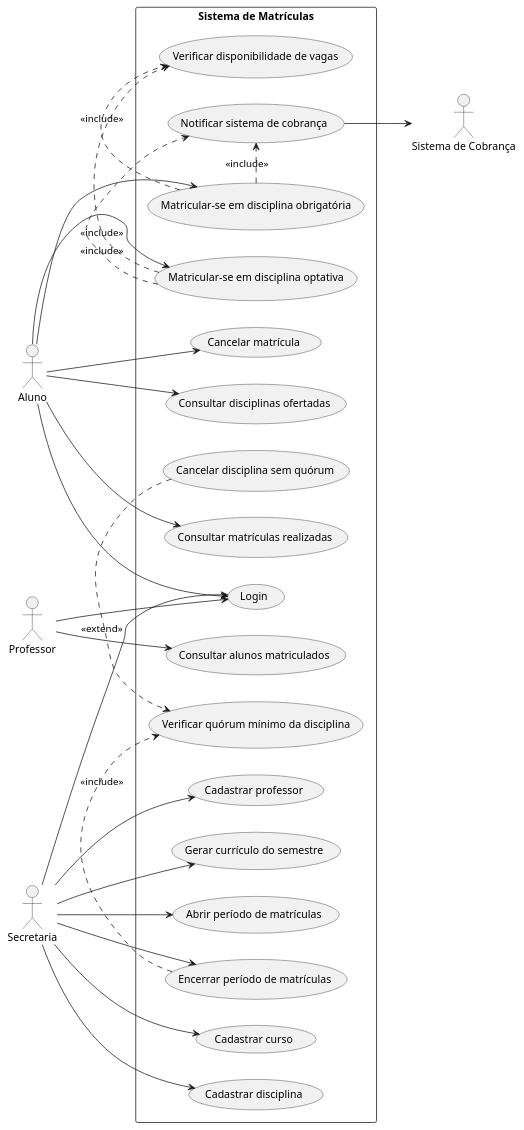
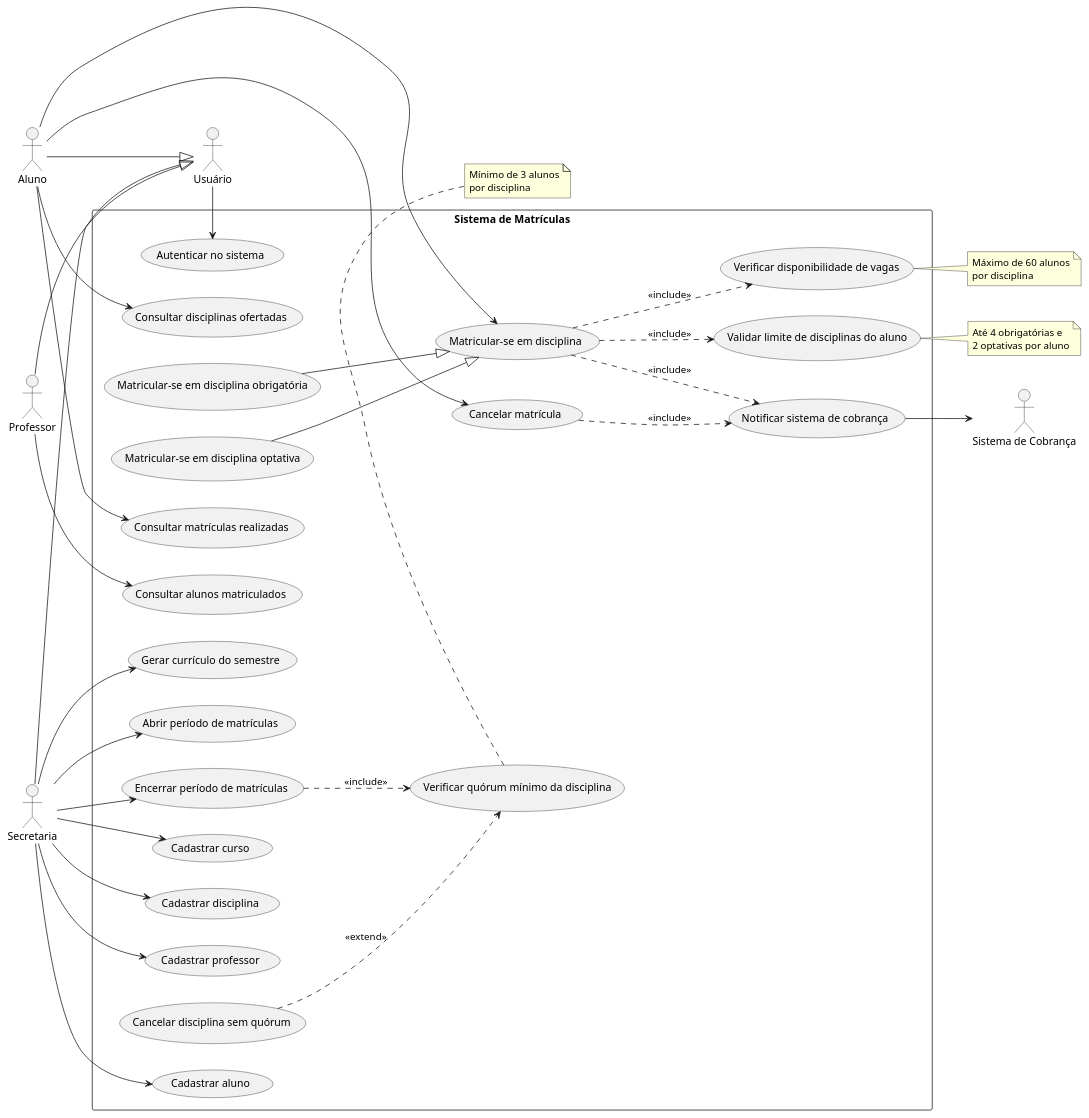
One commit to pssgarcia/sistema-matriculas changed the diagram in README.md. Above: the diagram before and after it, drawn with PlantUML. The commit also changed other lines of this file and 1 other file, not shown here.

Commit message:
docs: corrige diagrama de casos de uso
Cria o ator abstrato Usuário para eliminar associações redundantes
de login, unifica as matrículas obrigatória/optativa por
generalização, adiciona os casos de uso faltantes (validação de
limite por aluno e cadastro de aluno), inclui o <<include>> de
cancelamento para a cobrança e padroniza a notação de
dependência. Documenta as correções e atualiza a tabela de
descrição dos casos de uso no README.

````diff
--- a/README.md
+++ b/README.md
@@ -35,62 +39,89 @@
 @startuml DiagramaCasosDeUso
 
 left to right direction
+skinparam packageStyle rectangle
 
+actor Usuario as "Usuário"
 actor Aluno
 actor Professor
 actor Secretaria
 actor "Sistema de Cobrança" as Cobranca
 
+Aluno --|> Usuario
+Professor --|> Usuario
+Secretaria --|> Usuario
+
 rectangle "Sistema de Matrículas" {
 
-  usecase "Login" as UC1
+  usecase "Autenticar no sistema" as UC1
   usecase "Consultar disciplinas ofertadas" as UC2
-  usecase "Matricular-se em disciplina obrigatória" as UC3
-  usecase "Matricular-se em disciplina optativa" as UC4
-  usecase "Cancelar matrícula" as UC5
-  usecase "Consultar matrículas realizadas" as UC6
+  usecase "Matricular-se em disciplina" as UC3
+  usecase "Matricular-se em disciplina obrigatória" as UC3A
+  usecase "Matricular-se em disciplina optativa" as UC3B
+  usecase "Cancelar matrícula" as UC4
+  usecase "Consultar matrículas realizadas" as UC5
 
-  usecase "Verificar disponibilidade de vagas" as UC7
+  usecase "Verificar disponibilidade de vagas" as UC6
+  usecase "Validar limite de disciplinas do aluno" as UC7
   usecase "Notificar sistema de cobrança" as UC8
 
   usecase "Cadastrar curso" as UC9
   usecase "Cadastrar disciplina" as UC10
   usecase "Cadastrar professor" as UC11
-  usecase "Gerar currículo do semestre" as UC12
-  usecase "Abrir período de matrículas" as UC13
-  usecase "Encerrar período de matrículas" as UC14
-  usecase "Verificar quórum mínimo da disciplina" as UC15
-  usecase "Cancelar disciplina sem quórum" as UC16
+  usecase "Cadastrar aluno" as UC12
+  usecase "Gerar currículo do semestre" as UC13
+  usecase "Abrir período de matrículas" as UC14
+  usecase "Encerrar período de matrículas" as UC15
+  usecase "Verificar quórum mínimo da disciplina" as UC16
+  usecase "Cancelar disciplina sem quórum" as UC17
 
-  usecase "Consultar alunos matriculados" as UC17
+  usecase "Consultar alunos matriculados" as UC18
 }
 
-Aluno --> UC1
+Usuario --> UC1
+
 Aluno --> UC2
 Aluno --> UC3
 Aluno --> UC4
 Aluno --> UC5
-Aluno --> UC6
 
-Professor --> UC1
-Professor --> UC17
+Professor --> UC18
 
-Secretaria --> UC1
 Secretaria --> UC9
 Secretaria --> UC10
 Secretaria --> UC11
 Secretaria --> UC12
 Secretaria --> UC13
 Secretaria --> UC14
+Secretaria --> UC15
 
-UC3 .> UC7 : <<include>>
-UC4 .> UC7 : <<include>>
-UC3 .> UC8 : <<include>>
-UC4 .> UC8 : <<include>>
+UC3A --|> UC3
+UC3B --|> UC3
+
+UC3 ..> UC6 : <<include>>
+UC3 ..> UC7 : <<include>>
+UC3 ..> UC8 : <<include>>
+UC4 ..> UC8 : <<include>>
+
+UC15 ..> UC16 : <<include>>
+UC17 ..> UC16 : <<extend>>
+
 UC8 --> Cobranca
 
-UC14 .> UC15 : <<include>>
-UC16 .> UC15 : <<extend>>
+note right of UC6
+  Máximo de 60 alunos
+  por disciplina
+end note
+
+note right of UC7
+  Até 4 obrigatórias e
+  2 optativas por aluno
+end note
+
+note bottom of UC16
+  Mínimo de 3 alunos
+  por disciplina
+end note
 
 @enduml
 ```
````
